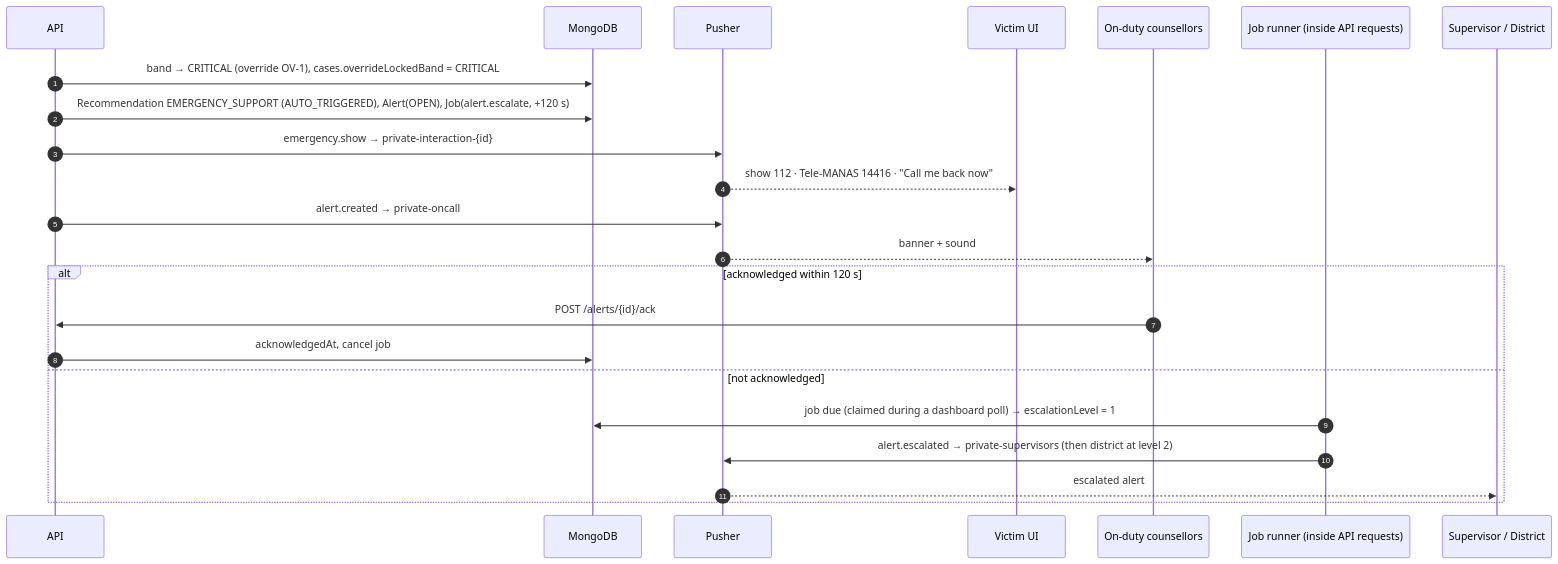
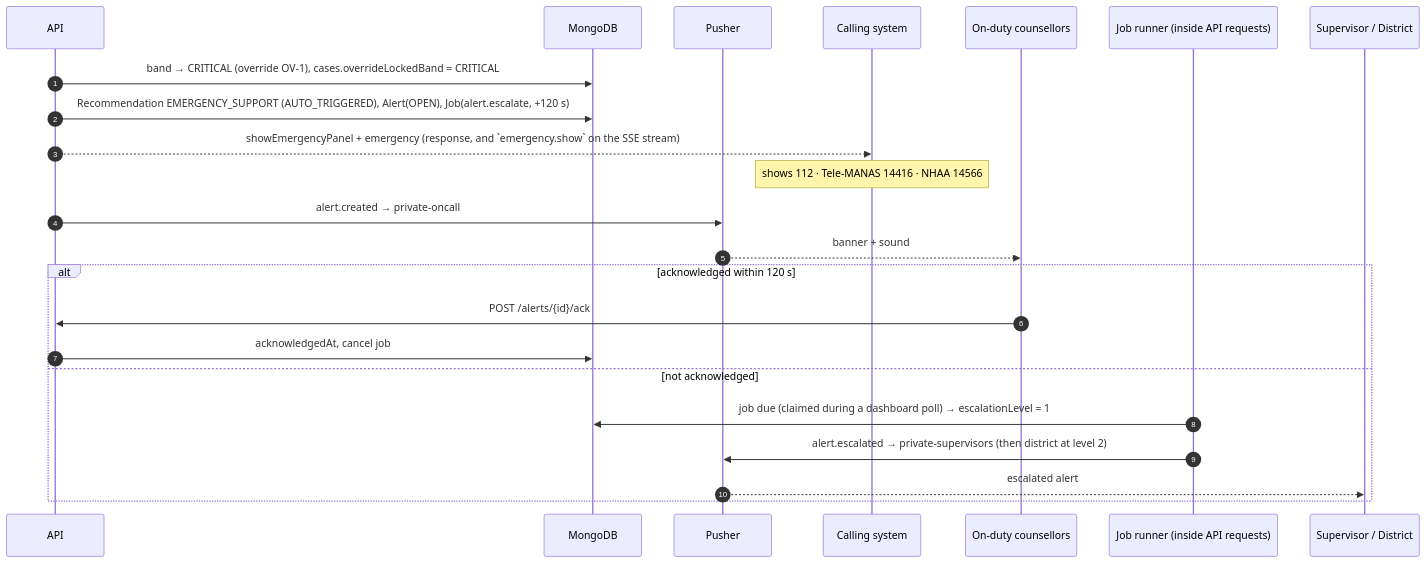
One commit to anushkaa2205/AI-Based-Real-Time-Stress-and-Trauma-Assessment-Module changed the seventh of 11 diagrams in docs/ARCHITECTURE.md. Above: the diagram before and after it, drawn with Mermaid. The commit also changed other lines of this file and 6 other files, not shown here.

Commit message:
docs: restate the spec as a plug-in module; remove FR-SCR, the screener source, IVR_KEYPRESS and the victim API; OV-9 from words; add Phase M (M.1)

````diff
--- a/docs/ARCHITECTURE.md
+++ b/docs/ARCHITECTURE.md
@@ -288,26 +291,26 @@
 ```mermaid
 sequenceDiagram
     autonumber
     participant API as API
     participant DB as MongoDB
     participant PU as Pusher
-    participant V as Victim UI
+    participant V as Calling system
     participant CO as On-duty counsellors
     participant JR as Job runner (inside API requests)
     participant SV as Supervisor / District
 
     API->>DB: band → CRITICAL (override OV-1), cases.overrideLockedBand = CRITICAL
     API->>DB: Recommendation EMERGENCY_SUPPORT (AUTO_TRIGGERED), Alert(OPEN), Job(alert.escalate, +120 s)
-    API->>PU: emergency.show → private-interaction-{id}
-    PU-->>V: show 112 · Tele-MANAS 14416 · "Call me back now"
+    API-->>V: showEmergencyPanel + emergency (response, and `emergency.show` on the SSE stream)
+    Note over V: shows 112 · Tele-MANAS 14416 · NHAA 14566
     API->>PU: alert.created → private-oncall
     PU-->>CO: banner + sound
     alt acknowledged within 120 s
         CO->>API: POST /alerts/{id}/ack
         API->>DB: acknowledgedAt, cancel job
     else not acknowledged
         JR->>DB: job due (claimed during a dashboard poll) → escalationLevel = 1
         JR->>PU: alert.escalated → private-supervisors (then district at level 2)
         PU-->>SV: escalated alert
     end
 ```
````
